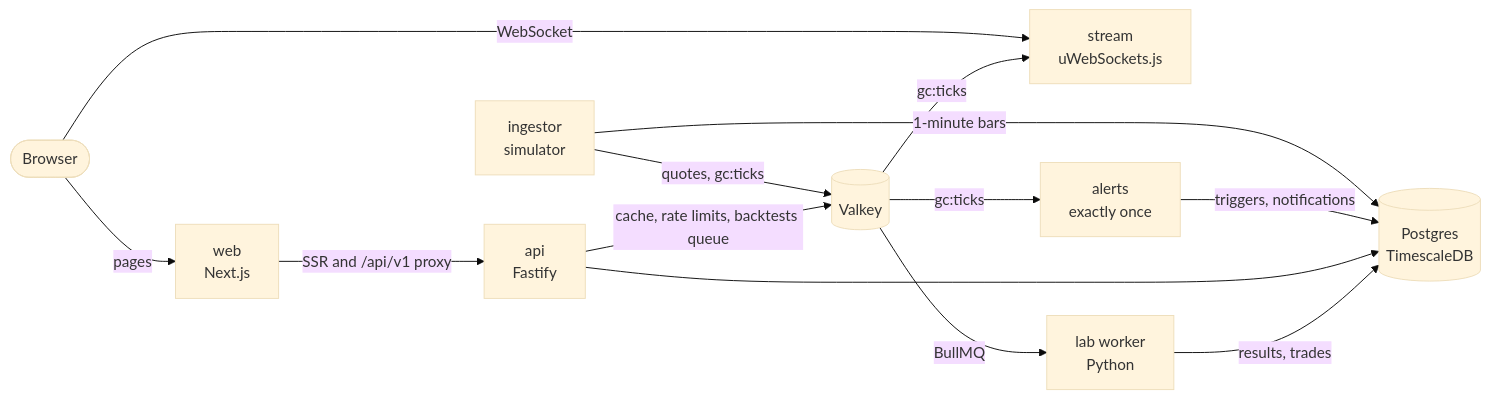
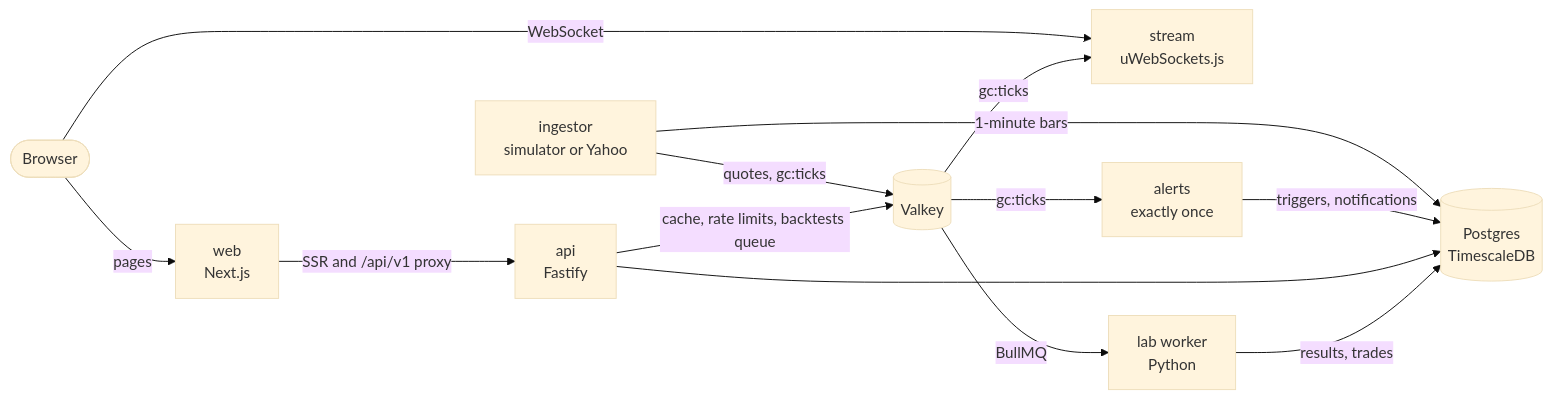
Before and after one commit to pazs10ve/GreenCircuits: the diagram in README.md, drawn with Mermaid (base theme). The commit also changed other lines of this file and 159 other files, not shown here.

````diff
--- a/README.md
+++ b/README.md
@@ -38,15 +42,15 @@
 ```mermaid
 flowchart LR
   browser([Browser]) -- pages --> web[web<br/>Next.js]
   web -- SSR and /api/v1 proxy --> api[api<br/>Fastify]
   browser -- WebSocket --> stream[stream<br/>uWebSockets.js]
-  ingestor[ingestor<br/>simulator] -- quotes, gc:ticks --> valkey[(Valkey)]
+  ingestor[ingestor<br/>simulator or Yahoo] -- quotes, gc:ticks --> valkey[(Valkey)]
   ingestor -- 1-minute bars --> pg[(Postgres<br/>TimescaleDB)]
   valkey -- gc:ticks --> stream
   valkey -- gc:ticks --> alerts[alerts<br/>exactly once]
   alerts -- triggers, notifications --> pg
   api --> pg
   api -- cache, rate limits, backtests queue --> valkey
   valkey -- BullMQ --> worker[lab worker<br/>Python]
   worker -- results, trades --> pg
 ```
````
